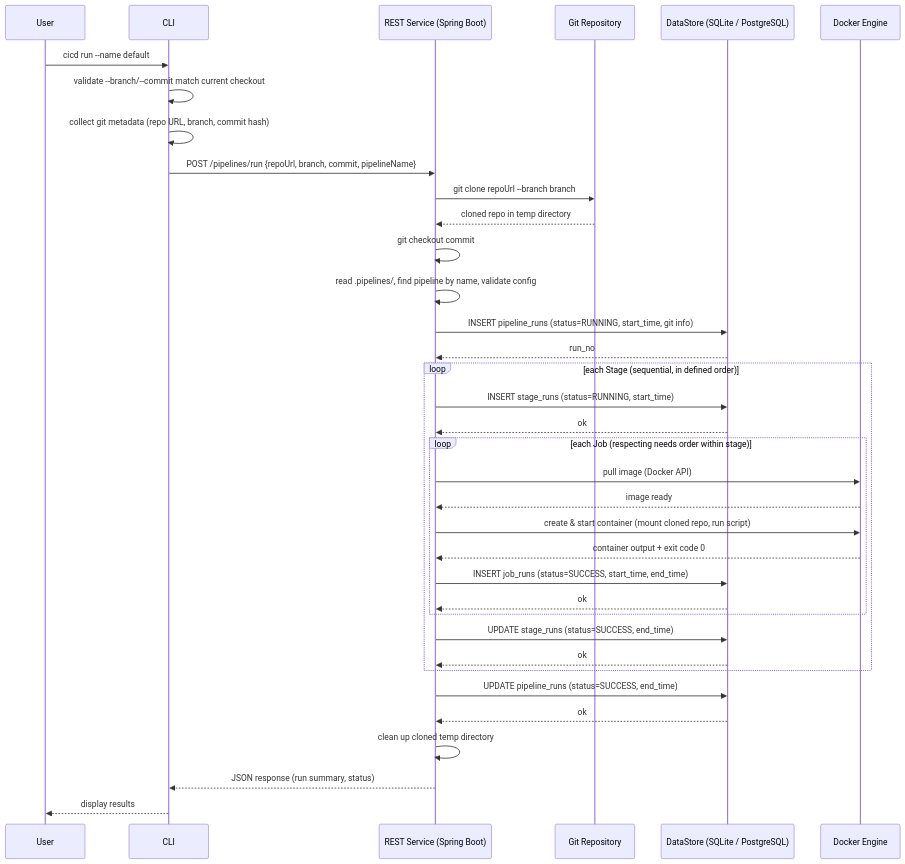
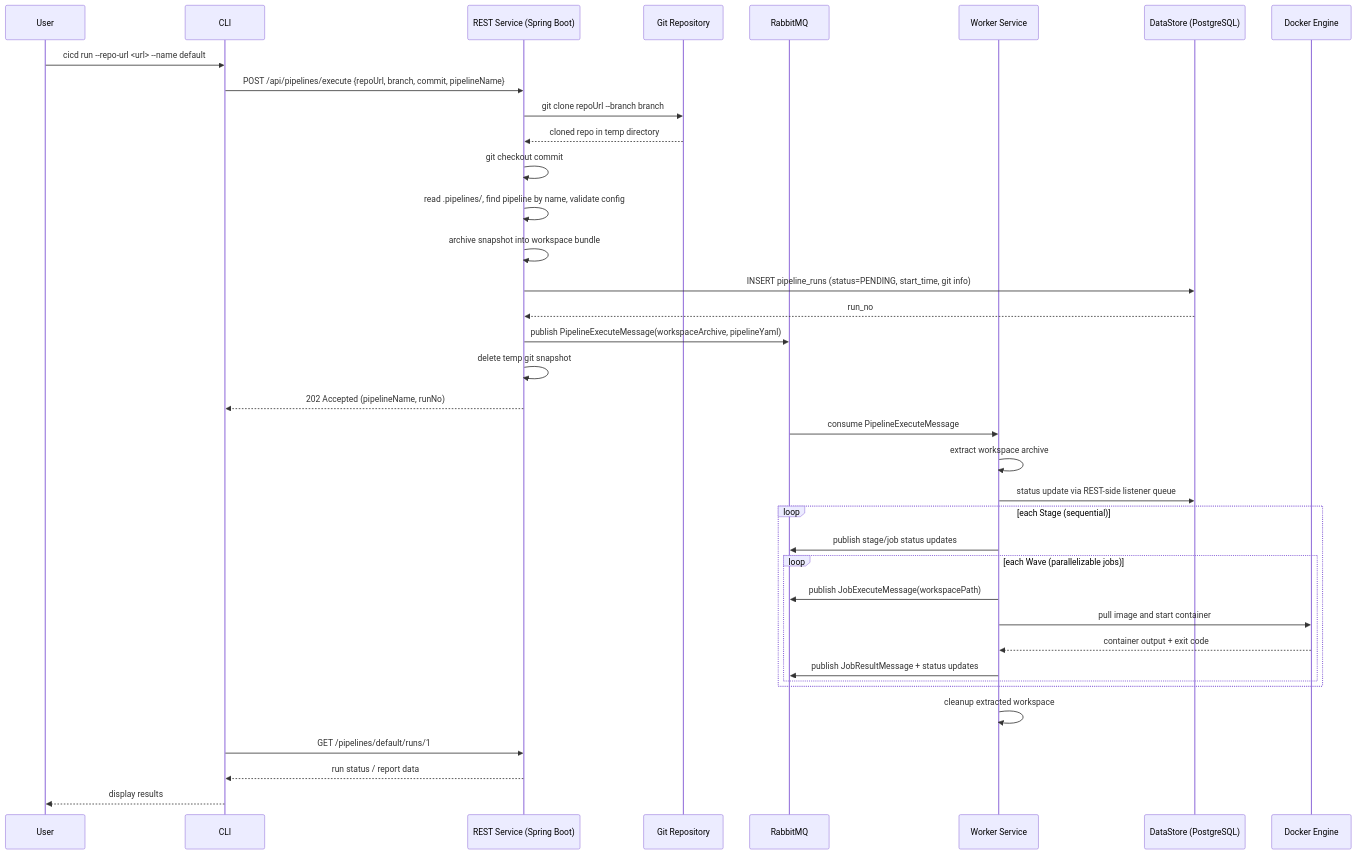
One commit to lietcooper/microservice-cicd-system changed the first of 2 diagrams in dev-docs/design/sequence-diagrams.md. Above: the diagram before and after it, drawn with Mermaid. The commit also changed other lines of this file and 20 other files, not shown here.

Commit message:
updated cli and server, supporting real repo address

````diff
--- a/dev-docs/design/sequence-diagrams.md
+++ b/dev-docs/design/sequence-diagrams.md
@@ -7,45 +7,45 @@
 ```mermaid
 sequenceDiagram
     participant User
     participant CLI
     participant REST as REST Service (Spring Boot)
     participant Git as Git Repository
-    participant DB as DataStore (SQLite / PostgreSQL)
+    participant MQ as RabbitMQ
+    participant Worker as Worker Service
+    participant DB as DataStore (PostgreSQL)
     participant Docker as Docker Engine
 
-    User->>CLI: cicd run --name default
-    CLI->>CLI: validate --branch/--commit match current checkout
-    CLI->>CLI: collect git metadata (repo URL, branch, commit hash)
-    CLI->>REST: POST /pipelines/run {repoUrl, branch, commit, pipelineName}
+    User->>CLI: cicd run --repo-url <url> --name default
+    CLI->>REST: POST /api/pipelines/execute {repoUrl, branch, commit, pipelineName}
 
     REST->>Git: git clone repoUrl --branch branch
     Git-->>REST: cloned repo in temp directory
     REST->>REST: git checkout commit
     REST->>REST: read .pipelines/, find pipeline by name, validate config
+    REST->>REST: archive snapshot into workspace bundle
 
-    REST->>DB: INSERT pipeline_runs (status=RUNNING, start_time, git info)
+    REST->>DB: INSERT pipeline_runs (status=PENDING, start_time, git info)
     DB-->>REST: run_no
+    REST->>MQ: publish PipelineExecuteMessage(workspaceArchive, pipelineYaml)
+    REST->>REST: delete temp git snapshot
+    REST-->>CLI: 202 Accepted (pipelineName, runNo)
 
-    loop each Stage (sequential, in defined order)
-        REST->>DB: INSERT stage_runs (status=RUNNING, start_time)
-        DB-->>REST: ok
+    MQ->>Worker: consume PipelineExecuteMessage
+    Worker->>Worker: extract workspace archive
+    Worker->>DB: status update via REST-side listener queue
 
-        loop each Job (respecting needs order within stage)
-            REST->>Docker: pull image (Docker API)
-            Docker-->>REST: image ready
-            REST->>Docker: create & start container (mount cloned repo, run script)
-            Docker-->>REST: container output + exit code 0
-            REST->>DB: INSERT job_runs (status=SUCCESS, start_time, end_time)
-            DB-->>REST: ok
+    loop each Stage (sequential)
+        Worker->>MQ: publish stage/job status updates
+        loop each Wave (parallelizable jobs)
+            Worker->>MQ: publish JobExecuteMessage(workspacePath)
+            Worker->>Docker: pull image and start container
+            Docker-->>Worker: container output + exit code
+            Worker->>MQ: publish JobResultMessage + status updates
         end
-
-        REST->>DB: UPDATE stage_runs (status=SUCCESS, end_time)
-        DB-->>REST: ok
     end
 
-    REST->>DB: UPDATE pipeline_runs (status=SUCCESS, end_time)
-    DB-->>REST: ok
-    REST->>REST: clean up cloned temp directory
-    REST-->>CLI: JSON response (run summary, status)
+    Worker->>Worker: cleanup extracted workspace
+    CLI->>REST: GET /pipelines/default/runs/1
+    REST-->>CLI: run status / report data
     CLI-->>User: display results
 ```
````
